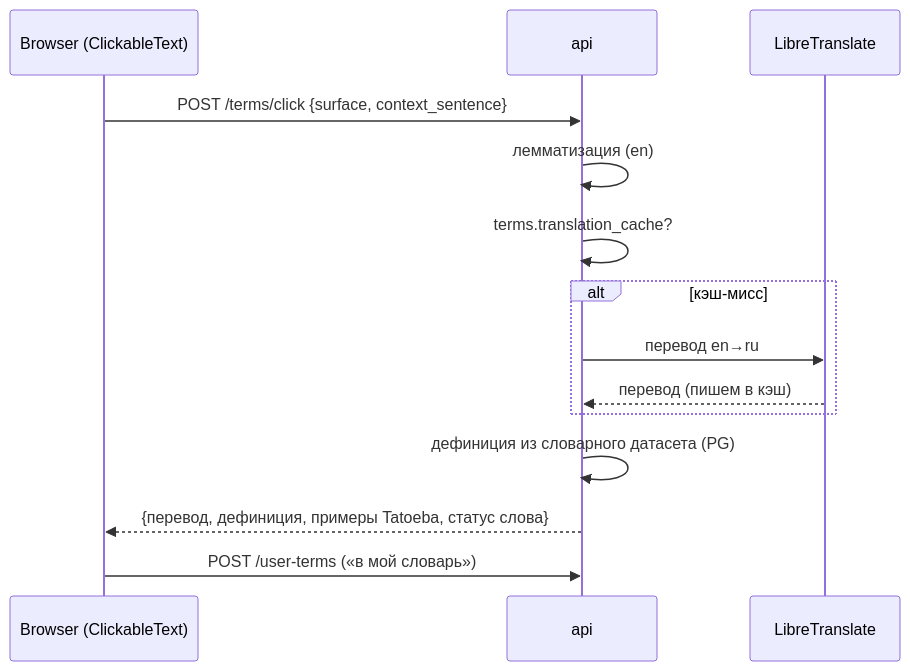
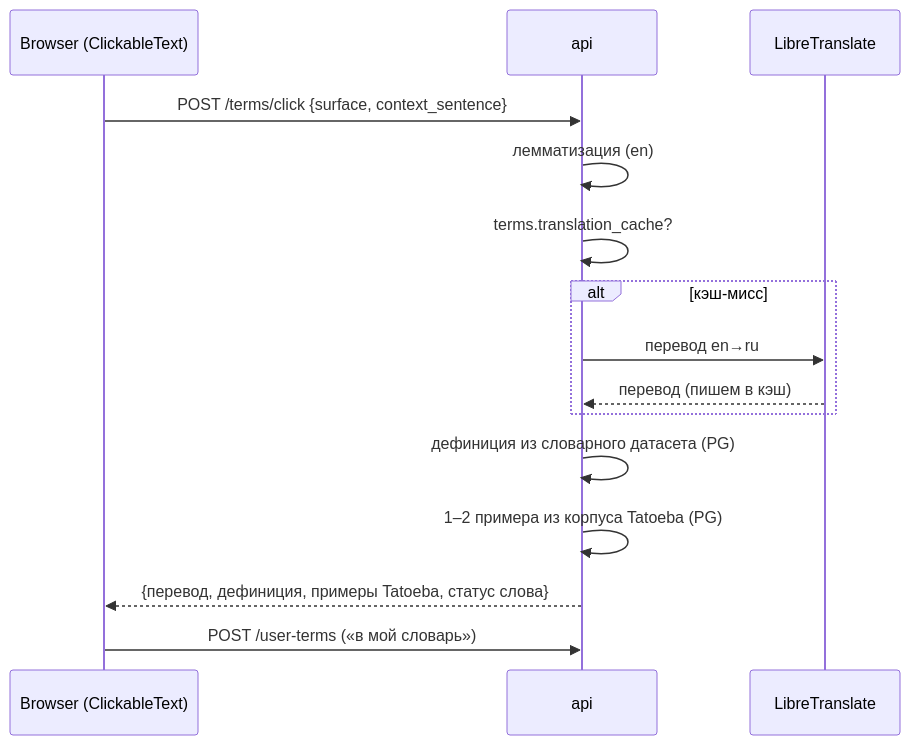
One commit to IEZhu/class changed the diagram in docs/architecture/flows/word-click.md. Above: the diagram before and after it, drawn with Mermaid. The commit also changed other lines of this file and 24 other files, not shown here.

````diff
--- a/docs/architecture/flows/word-click.md
+++ b/docs/architecture/flows/word-click.md
@@ -9,16 +9,17 @@
 ```mermaid
 sequenceDiagram
     participant B as Browser (ClickableText)
     participant A as api
     participant LT as LibreTranslate
     B->>A: POST /terms/click {surface, context_sentence}
     A->>A: лемматизация (en)
     A->>A: terms.translation_cache?
     alt кэш-мисс
         A->>LT: перевод en→ru
         LT-->>A: перевод (пишем в кэш)
     end
     A->>A: дефиниция из словарного датасета (PG)
+    A->>A: 1–2 примера из корпуса Tatoeba (PG)
     A-->>B: {перевод, дефиниция, примеры Tatoeba, статус слова}
     B->>A: POST /user-terms («в мой словарь»)
 ```
````
